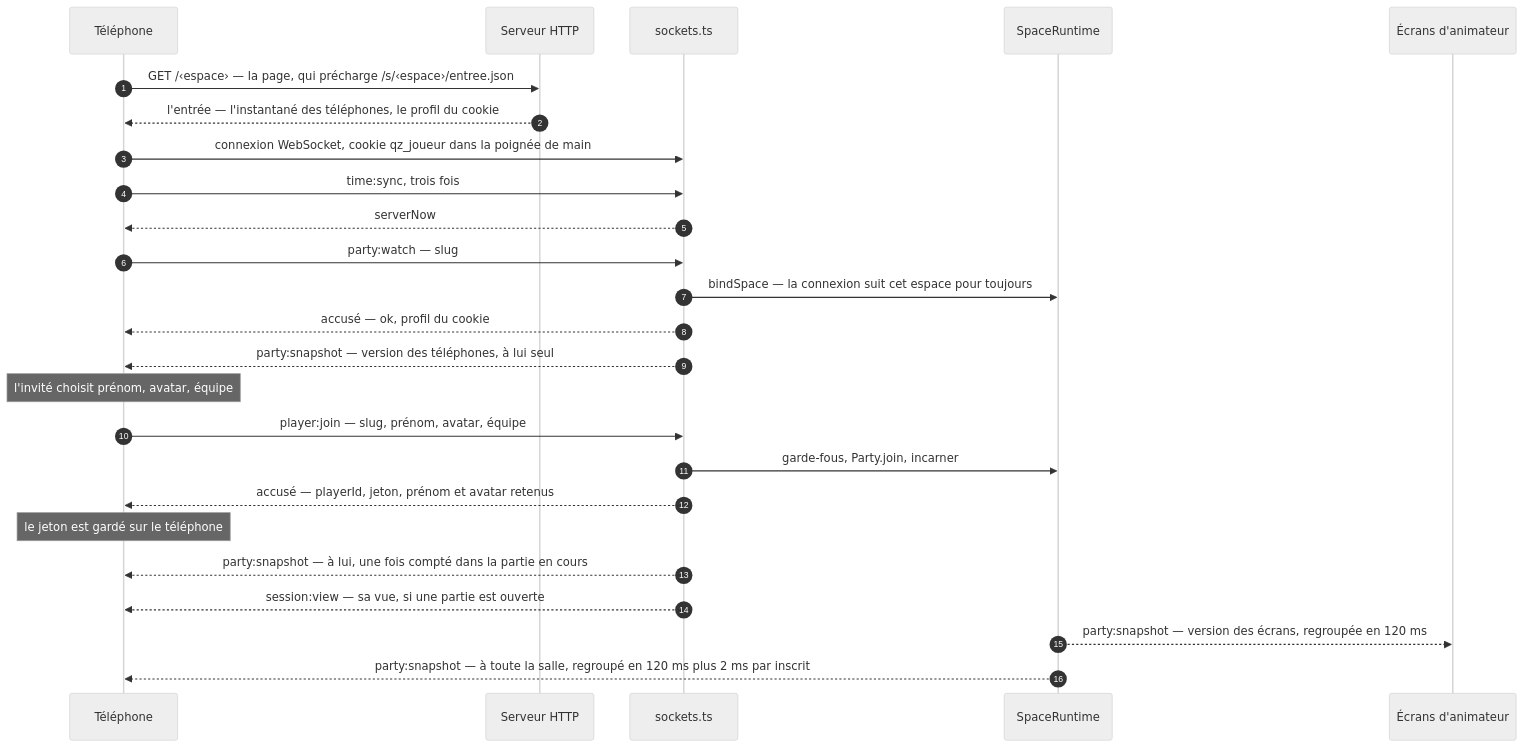
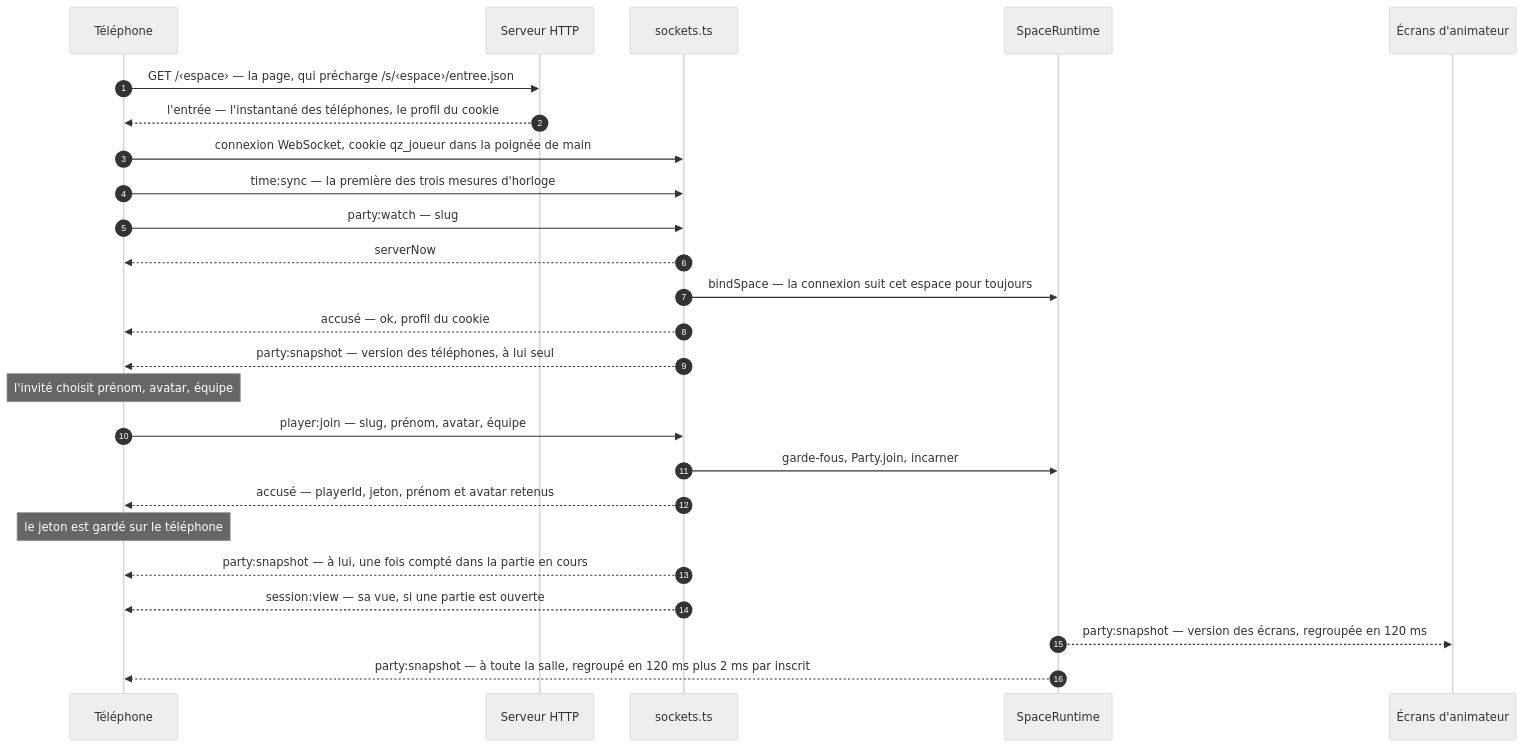
The first of 3 diagrams in docs/architecture/temps-reel.md (Maxilyas/FiestApp), drawn with Mermaid (neutral theme) before and after one commit. The commit also changed other lines of this file and 6 other files, not shown here.

First line of the commit message:
Documentation : la soirée, l'architecture et la contribution relues

````diff
--- a/docs/architecture/temps-reel.md
+++ b/docs/architecture/temps-reel.md
@@ -43,27 +43,27 @@
 ```mermaid
 sequenceDiagram
   autonumber
   participant T as Téléphone
   participant H as Serveur HTTP
   participant S as sockets.ts
   participant R as SpaceRuntime
   participant E as Écrans d'animateur
   T->>H: GET /‹espace› — la page, qui précharge /s/‹espace›/entree.json
   H-->>T: l'entrée — l'instantané des téléphones, le profil du cookie
   T->>S: connexion WebSocket, cookie qz_joueur dans la poignée de main
-  T->>S: time:sync, trois fois
+  T->>S: time:sync — la première des trois mesures d'horloge
+  T->>S: party:watch — slug
   S-->>T: serverNow
-  T->>S: party:watch — slug
   S->>R: bindSpace — la connexion suit cet espace pour toujours
   S-->>T: accusé — ok, profil du cookie
   S-->>T: party:snapshot — version des téléphones, à lui seul
   Note over T: l'invité choisit prénom, avatar, équipe
   T->>S: player:join — slug, prénom, avatar, équipe
   S->>R: garde-fous, Party.join, incarner
   S-->>T: accusé — playerId, jeton, prénom et avatar retenus
   Note over T: le jeton est gardé sur le téléphone
   S-->>T: party:snapshot — à lui, une fois compté dans la partie en cours
   S-->>T: session:view — sa vue, si une partie est ouverte
   R-->>E: party:snapshot — version des écrans, regroupée en 120 ms
   R-->>T: party:snapshot — à toute la salle, regroupé en 120 ms plus 2 ms par inscrit
 ```
````
